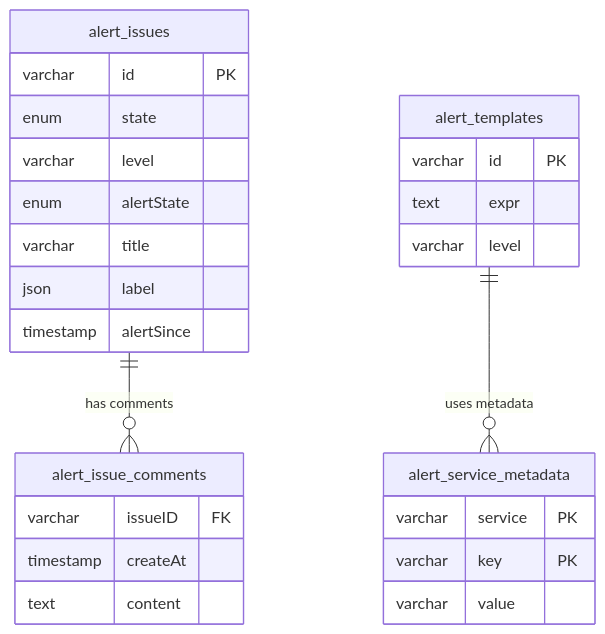
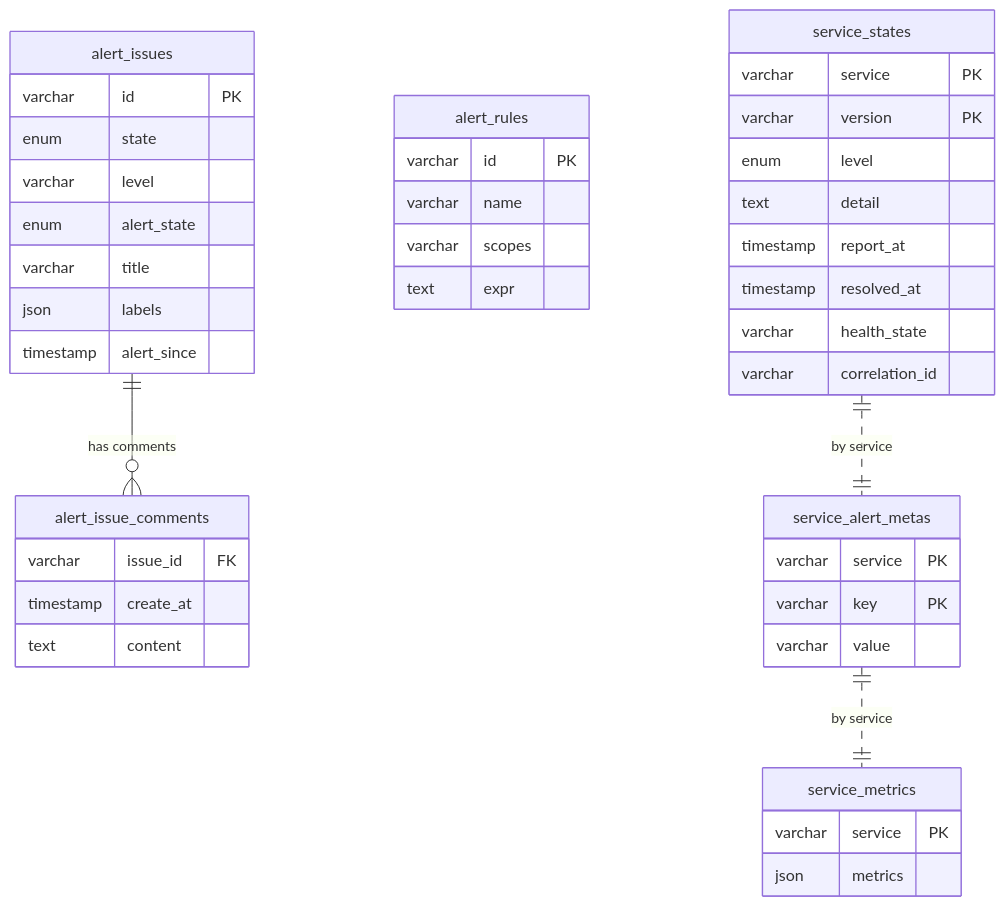
Before and after one commit to aice030/zeroops: the diagram in docs/alerting/database-design.md, drawn with Mermaid. The commit also changed other lines of this file and 25 other files, not shown here.

Commit message:
feat(Metrics&Alert): 新增/v1/integrations/alertmanager/webhook接口于告警接收与处理功能，接收告警存入postgres数据库

````diff
--- a/docs/alerting/database-design.md
+++ b/docs/alerting/database-design.md
@@ -71,33 +142,53 @@
 ```mermaid
 erDiagram
     alert_issues ||--o{ alert_issue_comments : "has comments"
-    alert_templates ||--o{ alert_service_metadata : "uses metadata"
-    
+
+    alert_rules {
+        varchar id PK
+        varchar name
+        varchar scopes
+        text expr
+    }
+
+    service_alert_metas {
+        varchar service PK
+        varchar key PK
+        varchar value
+    }
+
+    service_metrics {
+        varchar service PK
+        json metrics
+    }
+
+    service_states {
+        varchar service PK
+        varchar version PK
+        enum level
+        text detail
+        timestamp report_at
+        timestamp resolved_at
+        varchar health_state
+        varchar correlation_id
+    }
+
     alert_issues {
         varchar id PK
         enum state
         varchar level
-        enum alertState
+        enum alert_state
         varchar title
-        json label
-        timestamp alertSince
+        json labels
+        timestamp alert_since
     }
-    
+
     alert_issue_comments {
-        varchar issueID FK
-        timestamp createAt
+        varchar issue_id FK
+        timestamp create_at
         text content
     }
-    
-    alert_templates {
-        varchar id PK
-        text expr
-        varchar level
-    }
-    
-    alert_service_metadata {
-        varchar service PK
-        varchar key PK
-        varchar value
-    }
+
+    %% 通过 service 逻辑关联
+    service_alert_metas ||..|| service_metrics : "by service"
+    service_states ||..|| service_alert_metas : "by service"
 ```
````
